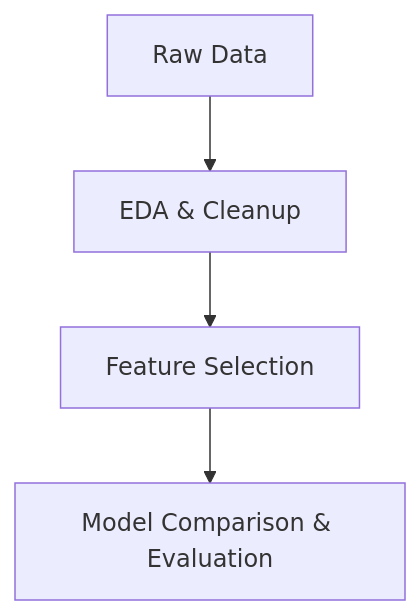
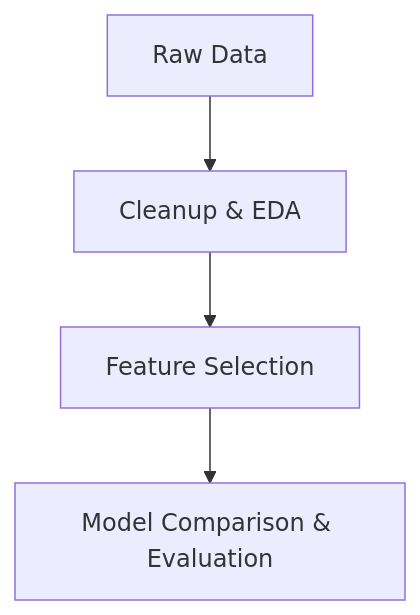
The diagram in README.md (Hsotuhsa-S/Thyroid-Classification-Model-Python), drawn with Mermaid before and after one commit. The commit also changed other lines of this file and 2 other files, not shown here.

````diff
--- a/README.md
+++ b/README.md
@@ -42,6 +42,6 @@
 ```mermaid
 graph TD
-    A[Raw Data] --> B[EDA & Cleanup]
+    A[Raw Data] --> B[Cleanup & EDA]
     B --> C[Feature Selection]
     C --> D[Model Comparison & Evaluation]
 ```
````
